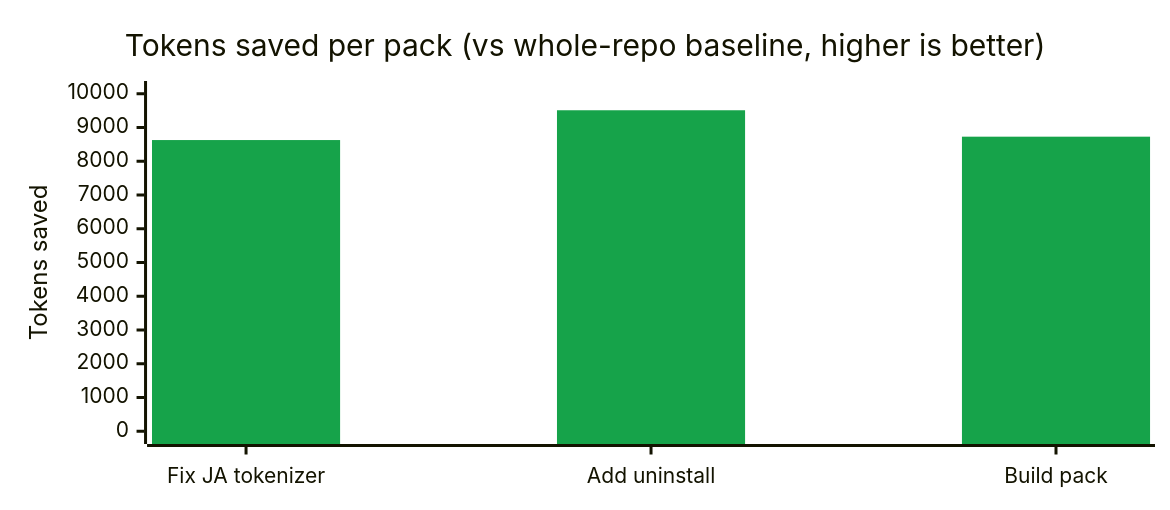
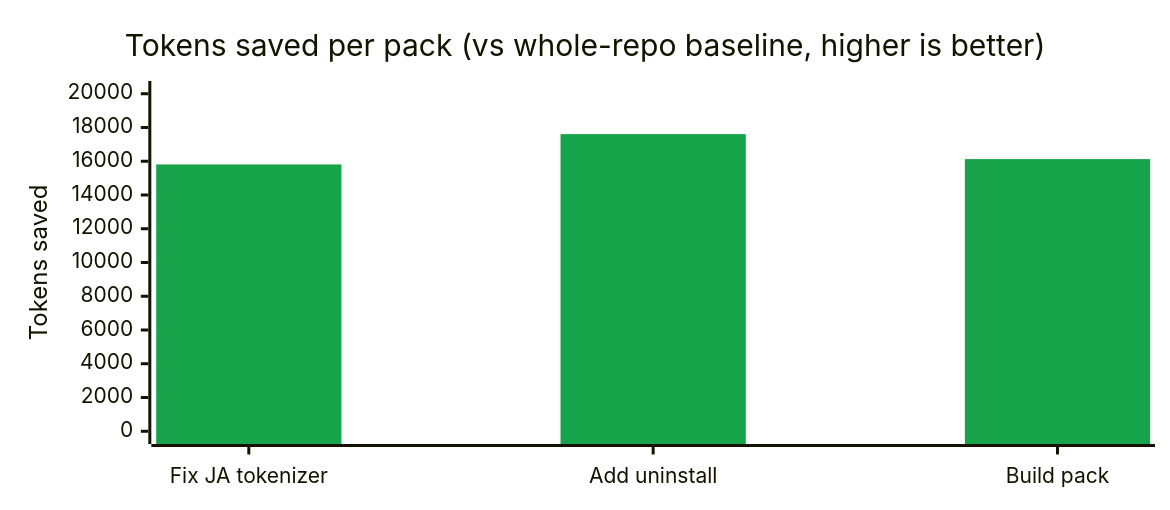
One commit to maikoo811/token-ops changed the diagram in README.md. Above: the diagram before and after it, drawn with Mermaid. The commit also changed other lines of this file and 3 other files, not shown here.

````diff
--- a/README.md
+++ b/README.md
@@ -11,16 +11,16 @@
 ```mermaid
 ---
 config:
   xyChart:
     width: 760
     height: 320
   themeVariables:
     xyChart:
       plotColorPalette: "#16a34a"
 ---
 xychart-beta
   title "Tokens saved per pack (vs whole-repo baseline, higher is better)"
   x-axis ["Fix JA tokenizer", "Add uninstall", "Build pack"]
-  y-axis "Tokens saved" 0 --> 10000
-  bar [8628, 9511, 8728]
+  y-axis "Tokens saved" 0 --> 20000
+  bar [15811, 17607, 16127]
 ```
````
